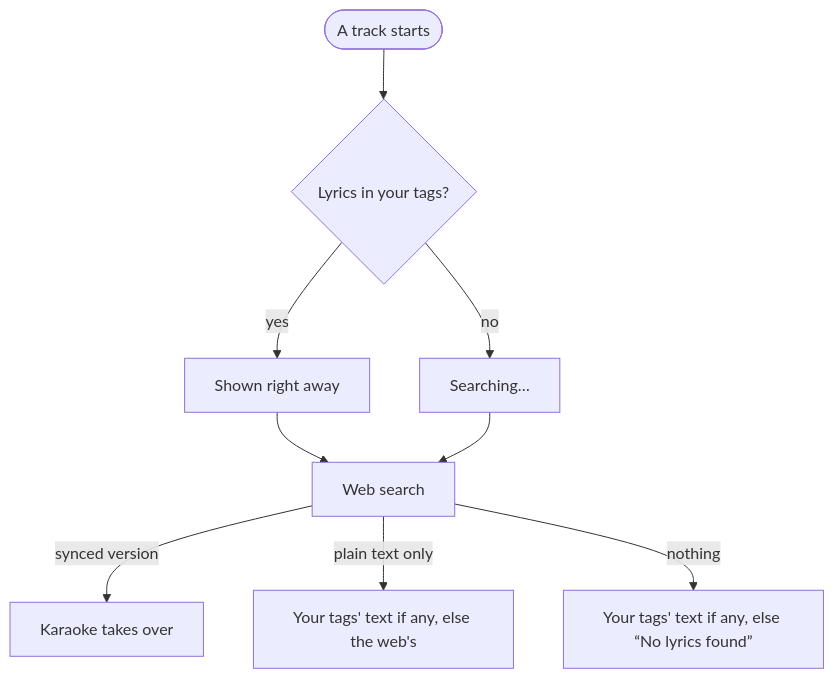
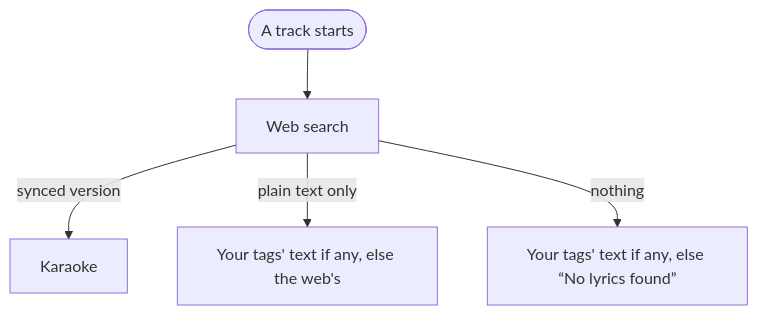
Before and after one commit to werdeil/lyrion-dashboard: the diagram in docs/diagrams/lyrics-display.en.mmd, drawn with Mermaid. The commit also changed 3 other files, not shown here.

First line of the commit message:
docs(lyrics): drop the waiting state from the display diagram

```diff
--- a/docs/diagrams/lyrics-display.en.mmd
+++ b/docs/diagrams/lyrics-display.en.mmd
@@ -1,9 +1,5 @@
 flowchart TD
-    A([A track starts]) --> B{Lyrics in your tags?}
-    B -- yes --> C[Shown right away]
-    B -- no --> D["Searching…"]
-    C --> E[Web search]
-    D --> E
-    E -- synced version --> F[Karaoke takes over]
+    A([A track starts]) --> E[Web search]
+    E -- synced version --> F[Karaoke]
     E -- plain text only --> G[Your tags' text if any, else the web's]
     E -- nothing --> H["Your tags' text if any, else “No lyrics found”"]
```
